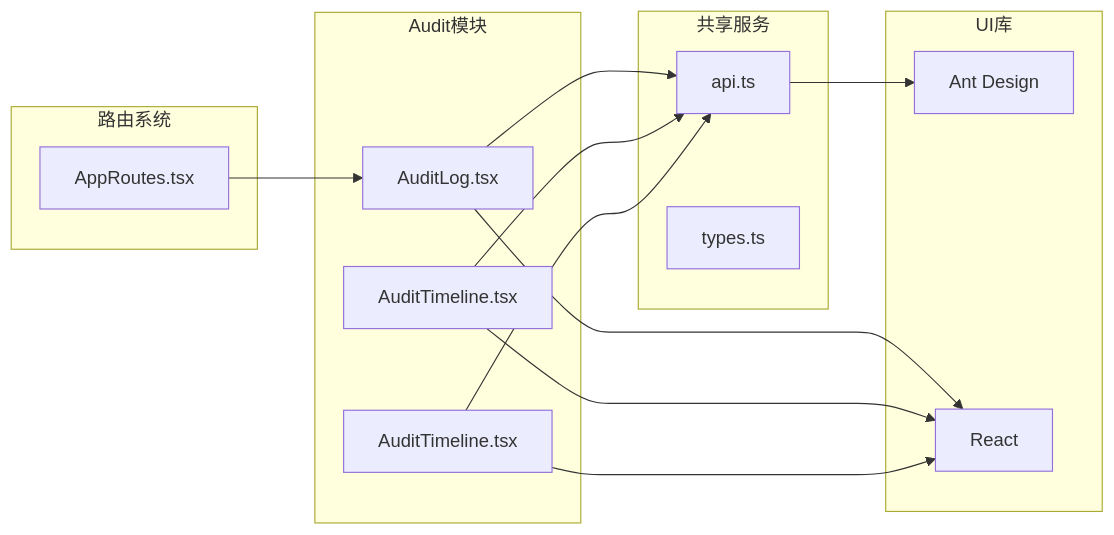
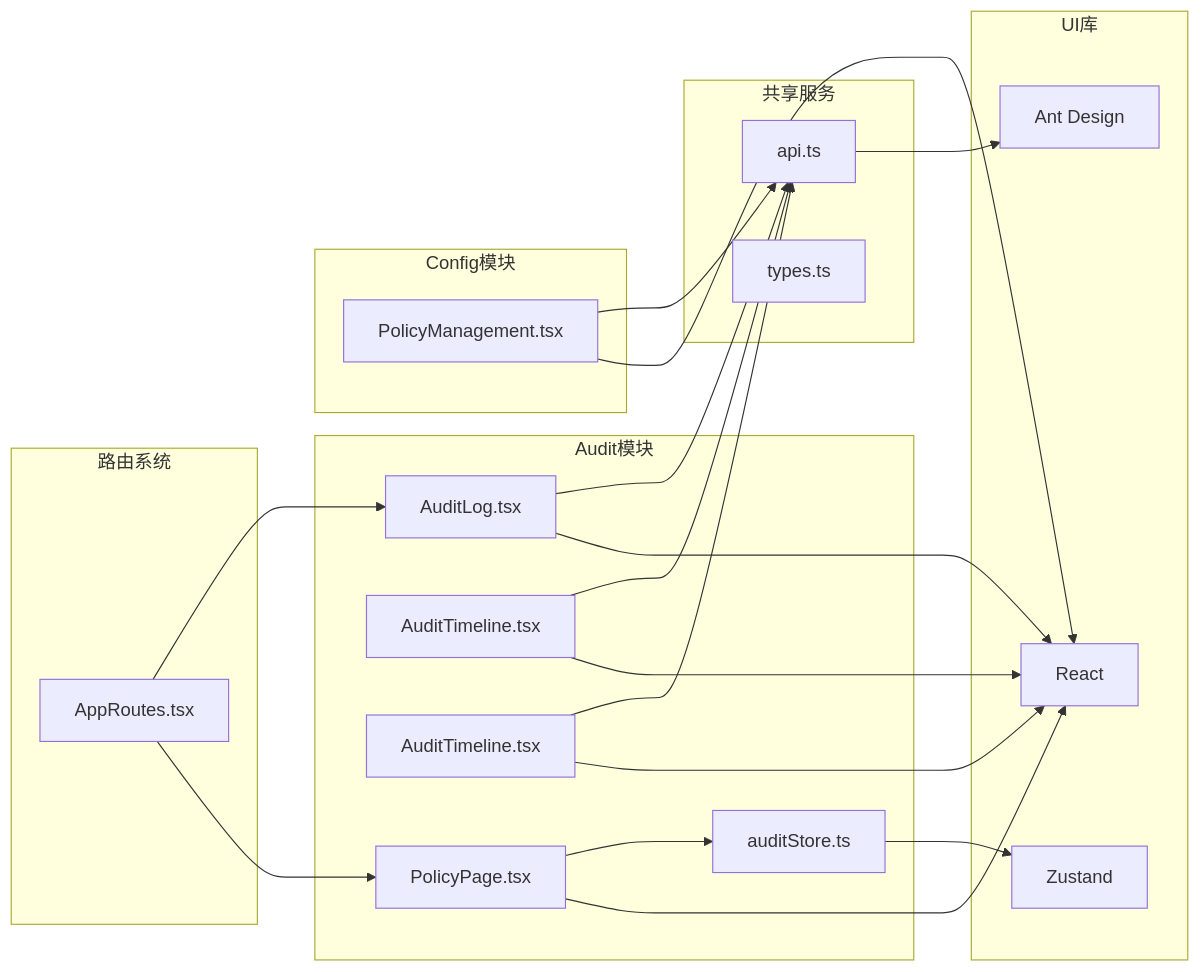
The tenth of 11 diagrams in .qoder/repowiki/zh/content/前端架构/业务模块前端实现/Audit模块.md (inier/ontology-graphiti), drawn with Mermaid before and after one commit. The commit also changed other lines of this file and 64 other files, not shown here.

````diff
--- a/.qoder/repowiki/zh/content/前端架构/业务模块前端实现/Audit模块.md
+++ b/.qoder/repowiki/zh/content/前端架构/业务模块前端实现/Audit模块.md
@@ -286,27 +493,39 @@
 ```mermaid
 graph LR
 subgraph "Audit模块"
 A[AuditLog.tsx]
 B[AuditTimeline.tsx]
 C[AuditTimeline.tsx]
+D[PolicyPage.tsx]
+E[auditStore.ts]
+end
+subgraph "Config模块"
+F[PolicyManagement.tsx]
 end
 subgraph "共享服务"
-D[api.ts]
-E[types.ts]
+G[api.ts]
+H[types.ts]
 end
 subgraph "UI库"
-F[Ant Design]
-G[React]
+I[Ant Design]
+J[React]
+K[Zustand]
 end
 subgraph "路由系统"
-H[AppRoutes.tsx]
+L[AppRoutes.tsx]
 end
-A --> D
-B --> D
-C --> D
-D --> F
 A --> G
 B --> G
 C --> G
-H --> A
+D --> E
+F --> G
+E --> K
+G --> I
+A --> J
+B --> J
+C --> J
+D --> J
+F --> J
+L --> A
+L --> D
 ```
````
